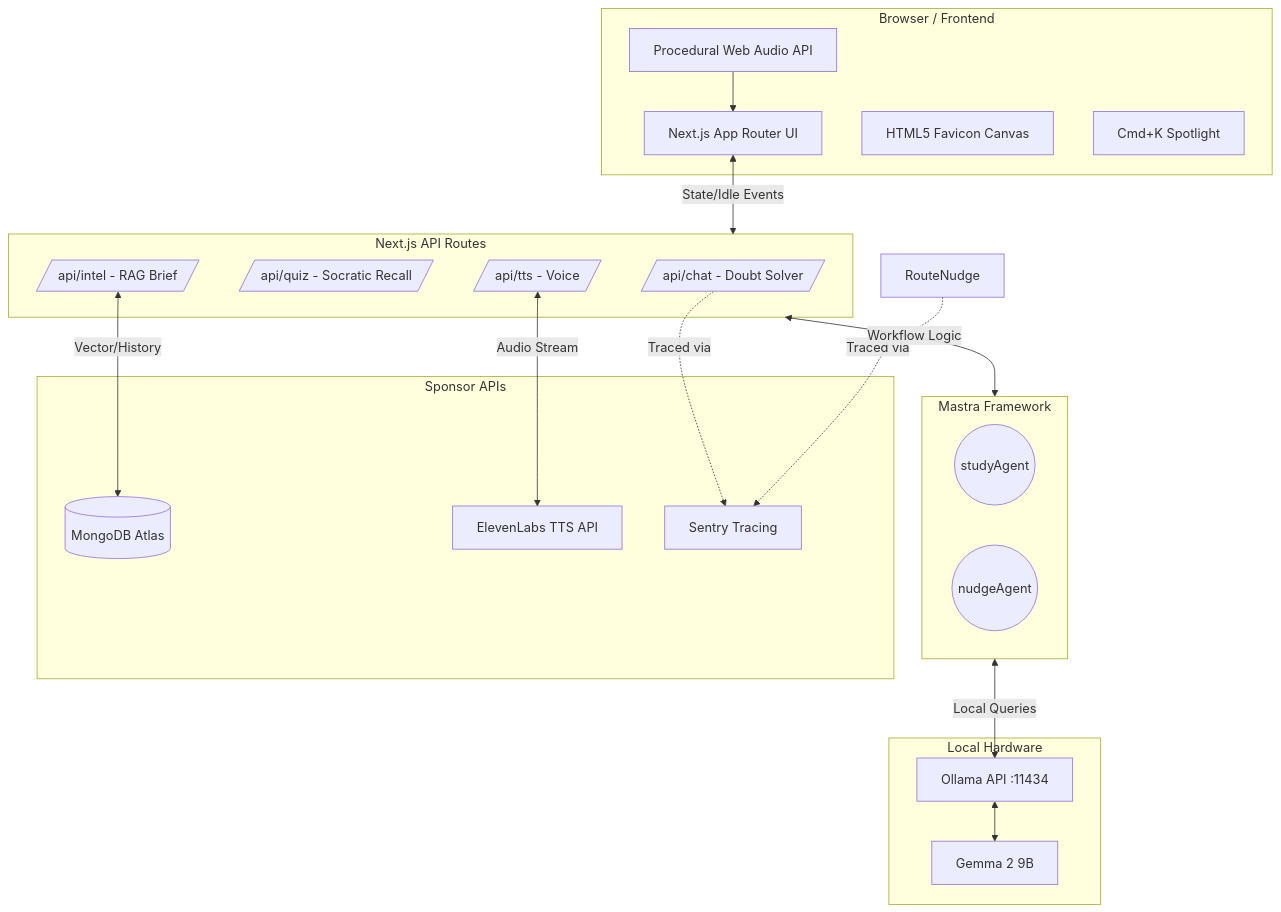
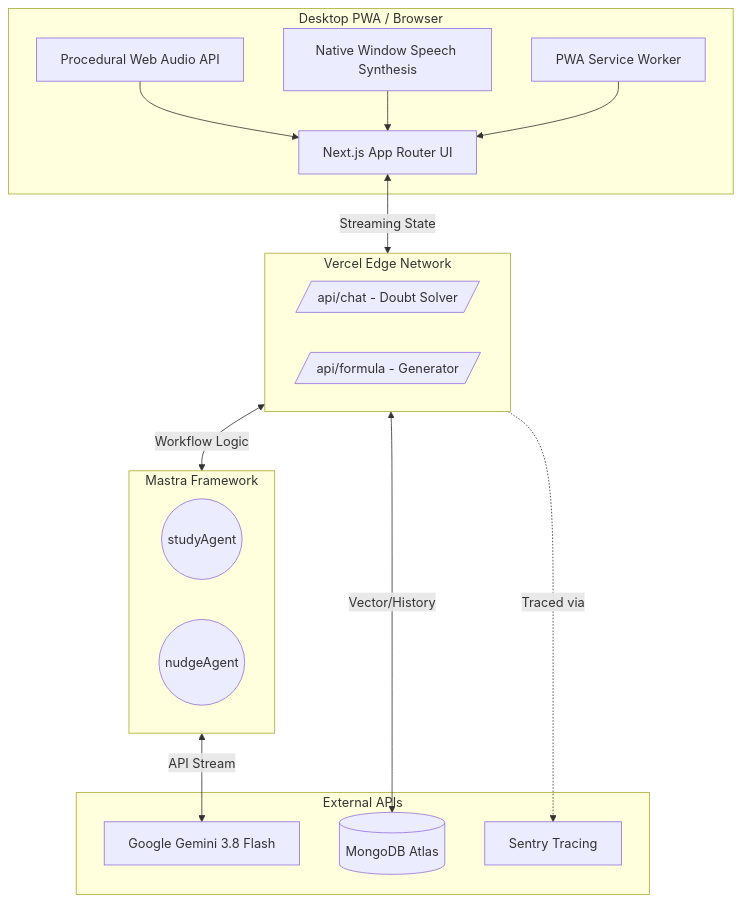
One commit to Surendra-T/SiloFocus changed the diagram in README.md. Above: the diagram before and after it, drawn with Mermaid. The commit also changed other lines of this file and 1 other file, not shown here.

Commit message:
docs: update architecture and stack for production PWA, and LICENSE (Resolves #6)

````diff
--- a/README.md
+++ b/README.md
@@ -24,43 +22,35 @@
 ```mermaid
 graph TD
-    subgraph Client [Browser / Frontend]
+    subgraph Client [Desktop PWA / Browser]
         UI[Next.js App Router UI]
         Audio[Procedural Web Audio API]
-        Canvas[HTML5 Favicon Canvas]
-        CmdK[Cmd+K Spotlight]
+        TTS[Native Window Speech Synthesis]
+        ServiceWorker[PWA Service Worker]
     end
 
-    subgraph Backend [Next.js API Routes]
+    subgraph Edge [Vercel Edge Network]
         RouteChat[/api/chat - Doubt Solver/]
-        RouteQuiz[/api/quiz - Socratic Recall/]
-        RouteIntel[/api/intel - RAG Brief/]
-        RouteTTS[/api/tts - Voice/]
+        RouteFormula[/api/formula - Generator/]
     end
 
     subgraph Orchestration [Mastra Framework]
         AgentStudy((studyAgent))
         AgentNudge((nudgeAgent))
     end
 
-    subgraph Local Inference [Local Hardware]
-        Ollama[Ollama API :11434]
-        Gemma[Gemma 2 9B]
-    end
-
-    subgraph Cloud Sponsors [Sponsor APIs]
+    subgraph Cloud Infrastructure [External APIs]
+        Gemini[Google Gemini 3.8 Flash]
         MongoDB[(MongoDB Atlas)]
-        ElevenLabs[ElevenLabs TTS API]
         Sentry[Sentry Tracing]
     end
 
-    UI <-->|State/Idle Events| Backend
+    UI <-->|Streaming State| Edge
     Audio --> UI
-    Backend <-->|Workflow Logic| Orchestration
-    Orchestration <-->|Local Queries| Ollama
-    Ollama <--> Gemma
+    TTS --> UI
+    ServiceWorker --> UI
+    Edge <-->|Workflow Logic| Orchestration
+    Orchestration <-->|API Stream| Gemini
     
-    RouteIntel <-->|Vector/History| MongoDB
-    RouteTTS <-->|Audio Stream| ElevenLabs
-    RouteChat -.->|Traced via| Sentry
-    RouteNudge -.->|Traced via| Sentry
+    Edge <-->|Vector/History| MongoDB
+    Edge -.->|Traced via| Sentry
 ```
````
